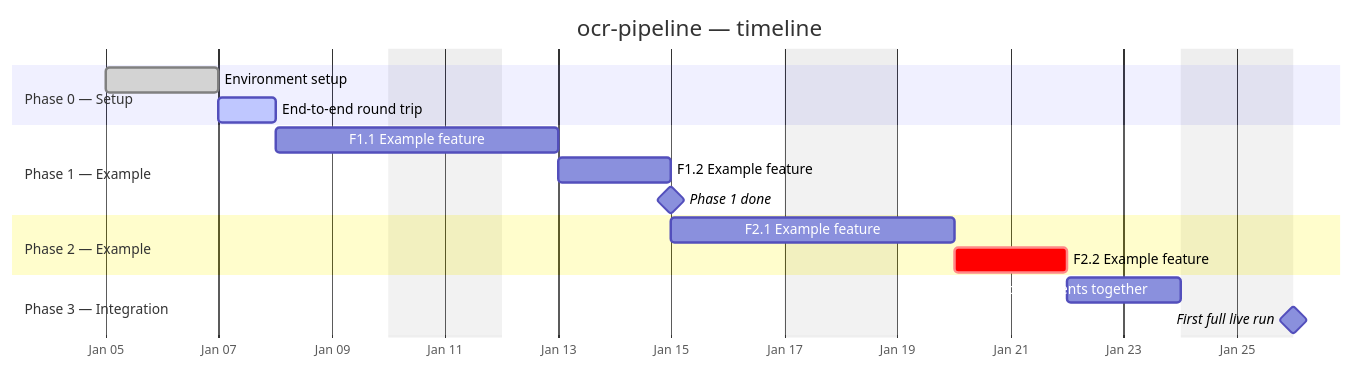
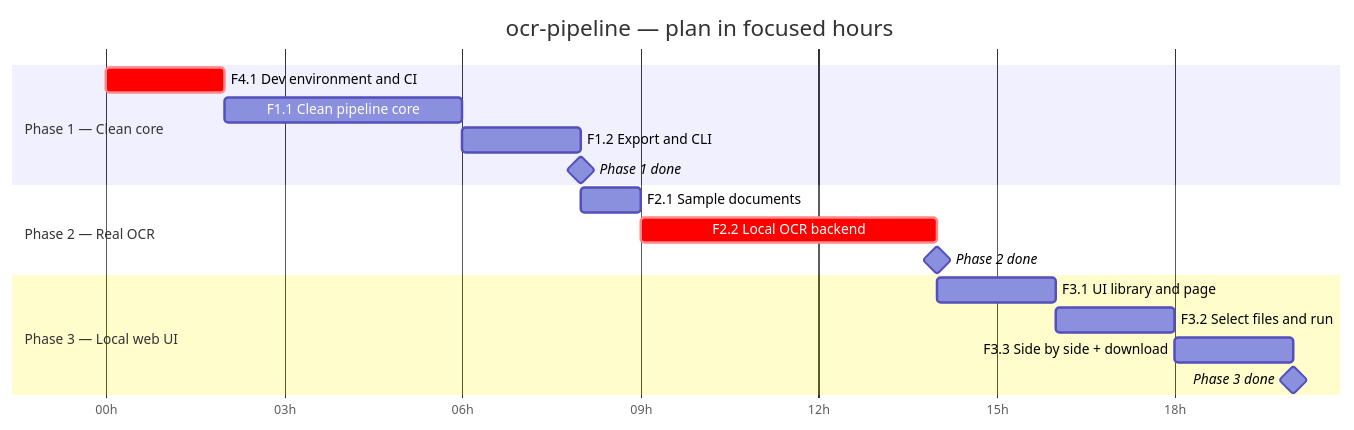
One commit to flegaspi700/ocr-pipeline changed the diagram in docs/04-project-plan.md. Above: the diagram before and after it, drawn with Mermaid. The commit also changed other lines of this file and 4 other files, not shown here.

````diff
--- a/docs/04-project-plan.md
+++ b/docs/04-project-plan.md
@@ -115,24 +143,23 @@
 ```mermaid
 gantt
-    title ocr-pipeline — timeline
-    dateFormat YYYY-MM-DD
-    axisFormat %b %d
-    excludes weekends
+    title ocr-pipeline — plan in focused hours
+    dateFormat YYYY-MM-DD HH:mm
+    axisFormat %Hh
 
-    section Phase 0 — Setup
-    Environment setup           :done,   p0a, 2026-01-05, 2d
-    End-to-end round trip       :active, p0b, after p0a, 1d
+    section Phase 1 — Clean core
+    F4.1 Dev environment and CI   :crit, f41, 2026-10-10 00:00, 2h
+    F1.1 Clean pipeline core      :f11, after f41, 4h
+    F1.2 Export and CLI           :f12, after f11, 2h
+    Phase 1 done                  :milestone, m1, after f12, 0h
 
-    section Phase 1 — Example
-    F1.1 Example feature        :f11, after p0b, 3d
-    F1.2 Example feature        :f12, after f11, 2d
-    Phase 1 done                :milestone, m1, after f12, 0d
+    section Phase 2 — Real OCR
+    F2.1 Sample documents         :f21, after m1, 1h
+    F2.2 Local OCR backend        :crit, f22, after f21, 5h
+    Phase 2 done                  :milestone, m2, after f22, 0h
 
-    section Phase 2 — Example
-    F2.1 Example feature        :f21, after m1, 3d
-    F2.2 Example feature        :crit, f22, after f21, 2d
-
-    section Phase 3 — Integration
-    Wire components together    :p3a, after f22, 2d
-    First full live run         :milestone, m3, after p3a, 0d
+    section Phase 3 — Local web UI
+    F3.1 UI library and page      :f31, after m2, 2h
+    F3.2 Select files and run     :f32, after f31, 2h
+    F3.3 Side by side + download  :f33, after f32, 2h
+    Phase 3 done                  :milestone, m3, after f33, 0h
 ```
````
